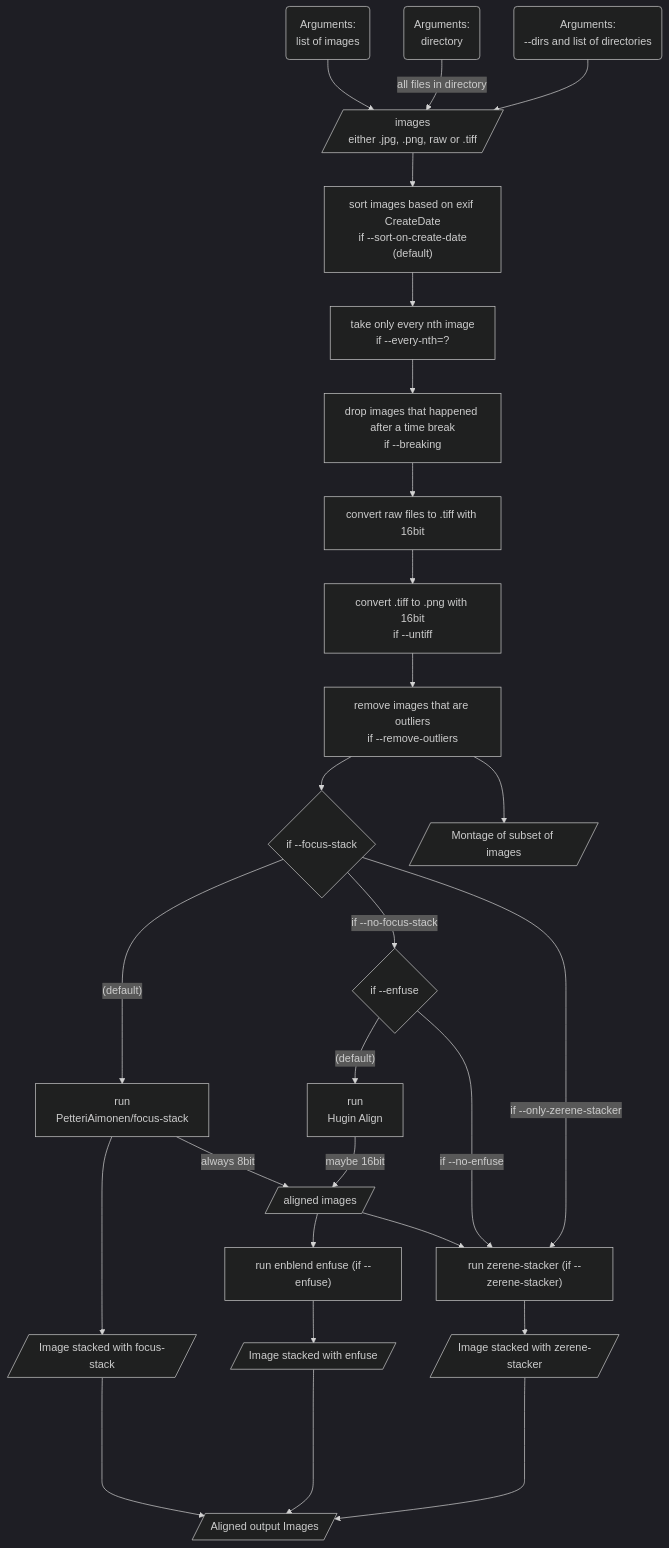
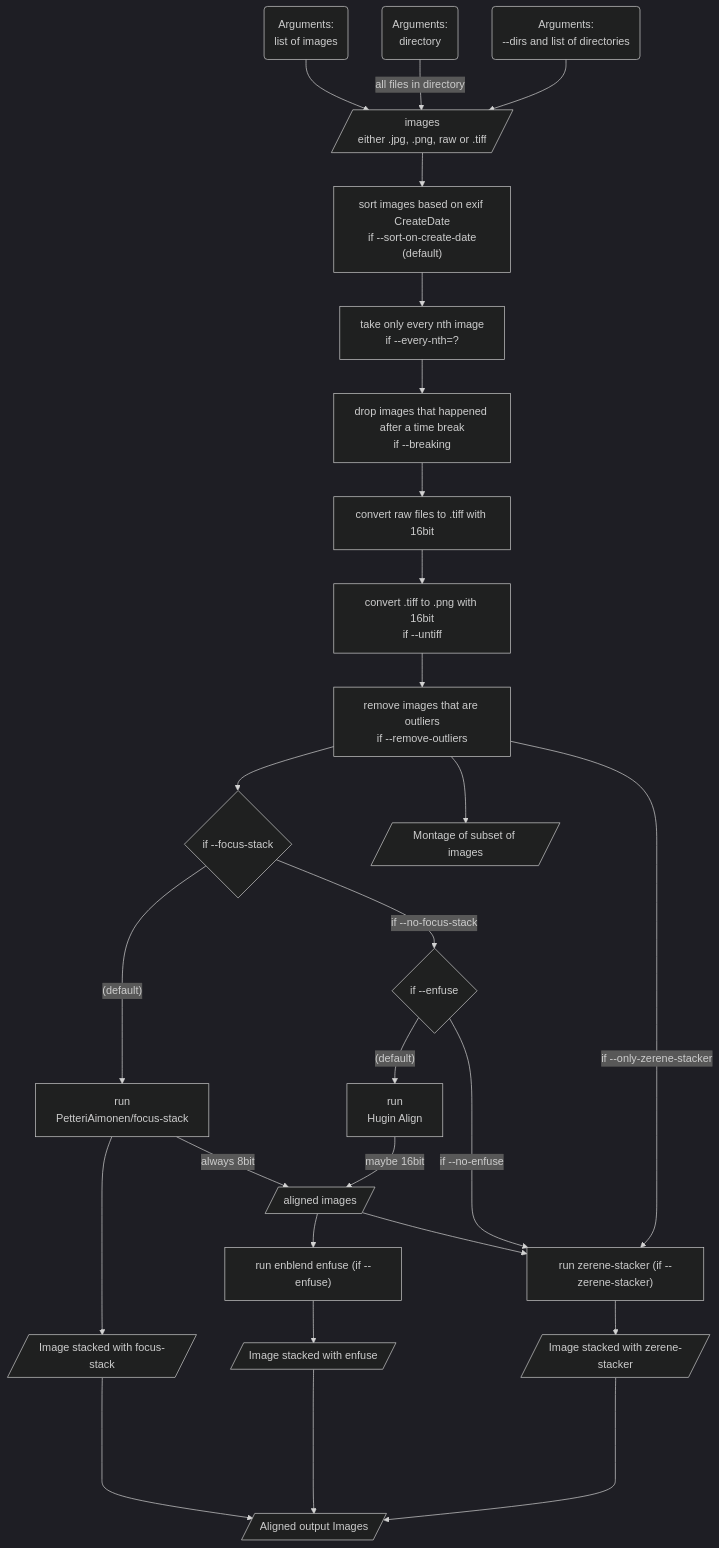
The diagram in README.md (maxhbr/myphoto), drawn with Mermaid (dark theme) before and after one commit.

Commit message:
minor fix

````diff
--- a/README.md
+++ b/README.md
@@ -7,34 +7,34 @@
 ```mermaid
   graph TD;
       A1("Arguments:\nlist of images");
       A2("Arguments:\ndirectory");
       A3("Arguments:\n--dirs and list of directories");
       A1 --> A[/"images\n either .jpg, .png, raw or .tiff"/];
       A2 -- "all files in directory" --> A;
       A3 --> A;
       A --> B["sort images based on exif CreateDate\nif --sort-on-create-date\n(default)"];
       B --> C["take only every nth image\nif --every-nth=?"];
       C --> D["drop images that happened after a time break\nif --breaking"];
       D --> E["convert raw files to .tiff with 16bit"];
       E --> F["convert .tiff to .png with 16bit\nif --untiff"];
       F --> G["remove images that are outliers\nif --remove-outliers"];
       G --> G'{"if --focus-stack"}
       G' -- "(default)" --> H1["run\nPetteriAimonen/focus-stack"];
       G' -- "if --no-focus-stack" --> H2'{"if --enfuse"}
       H2' -- "(default)" --> H2["run\nHugin Align"]
       H1 --> Z1[/"Image stacked with focus-stack"/]
       H1 -- "always 8bit" --> I[/"aligned images"/]
       H2 -- "maybe 16bit" --> I
       I --> J["run enblend enfuse (if --enfuse)"]
       J --> Z2[/"Image stacked with enfuse"/]
       I --> K["run zerene-stacker (if --zerene-stacker)"]
       H2' -- "if --no-enfuse" --> K
       K --> Z3[/"Image stacked with zerene-stacker"/]
       G --> ZZ[/"Montage of subset of images"/]
-      G' -- "if --only-zerene-stacker" --> K
+      G -- "if --only-zerene-stacker" --> K
 
       Z1 -----> ZA[/"Aligned output Images"/]
       Z2 -----> ZA
       Z3 -----> ZA
 
 ```
````
